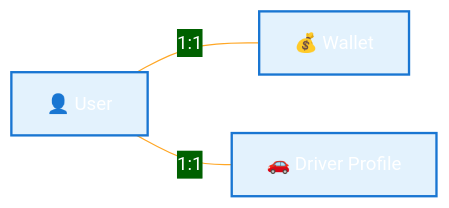
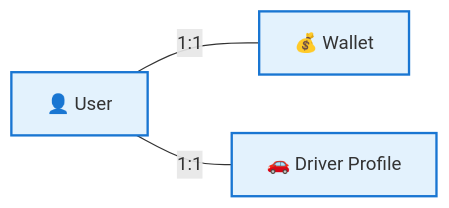
One commit to abdoElHodaky/transportapp changed the second of 4 diagrams in docs/architecture/database-schema.md. Above: the diagram before and after it, drawn with Mermaid. The commit also changed other lines of this file and 10 other files, not shown here.

````diff
--- a/docs/architecture/database-schema.md
+++ b/docs/architecture/database-schema.md
@@ -453,9 +460,11 @@
 ```mermaid
-%%{init: {'theme':'base', 'themeVariables': {'primaryColor':'#ff6b6b','primaryTextColor':'#fff','primaryBorderColor':'#ff6b6b','lineColor':'#ffa726','sectionBkgColor':'#ff6b6b','altSectionBkgColor':'#fff','gridColor':'#fff','secondaryColor':'#006100','tertiaryColor':'#fff'}}}%%
+%% {init : {'theme':'base', 'themeVariables': {'primaryColor':'#ff6b6b', 'primaryTextColor':'#fff','primaryBorderColor':'#ff6b6b','lineColor':'#ffa726','sectionBkgColor':'#ff6b6b','altSectionBkgColor':'#fff','gridColor':'#fff','secondaryColor':'#006100','tertiaryColor':'#fff'}}}%% 
 graph LR
     USER["👤 User"] ---|1:1| WALLET["💰 Wallet"]
     USER ---|1:1| DRIVER["🚗 Driver Profile"]
     
-    classDef entity fill:#e3f2fd,stroke:#1976d2,stroke-width:2px;
+    classDef entity fill : #e3f2fd, stroke:#1976d2, stroke-width: 2px;
+    
     class USER,WALLET,DRIVER entity;
+
 ```
````
